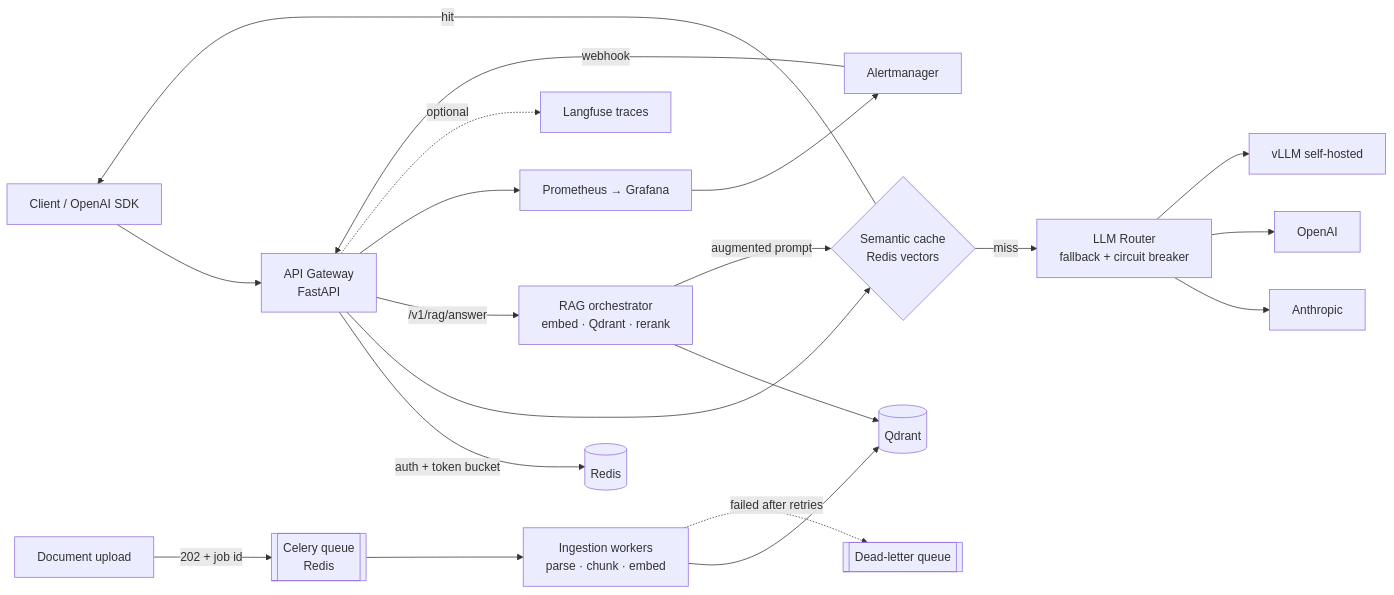
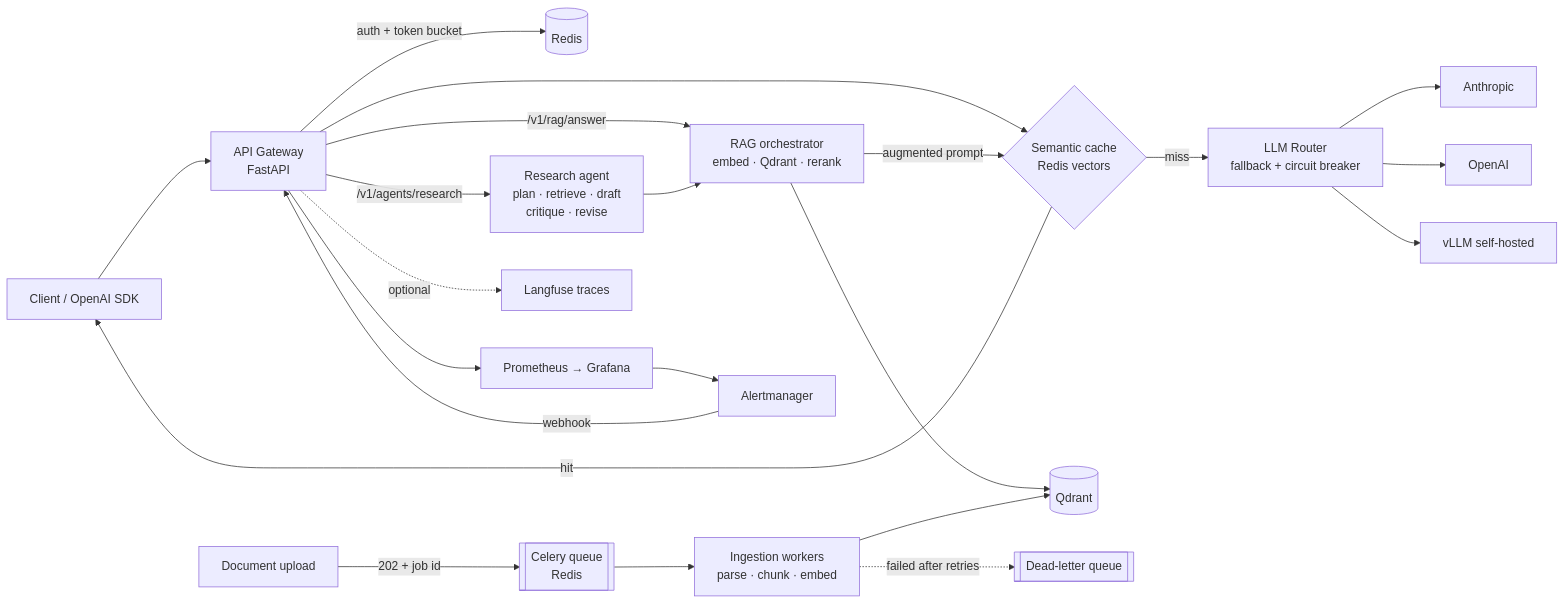
Before and after one commit to ardhendudebnath/llm-gateway-rag: the diagram in README.md, drawn with Mermaid. The commit also changed other lines of this file and 21 other files, not shown here.

````diff
--- a/README.md
+++ b/README.md
@@ -21,21 +21,23 @@
 ```mermaid
 flowchart LR
     C[Client / OpenAI SDK] --> G[API Gateway<br/>FastAPI]
     G -->|auth + token bucket| R[(Redis)]
     G --> SC{Semantic cache<br/>Redis vectors}
     SC -- hit --> C
     SC -- miss --> RT[LLM Router<br/>fallback + circuit breaker]
     RT --> A[Anthropic]
     RT --> O[OpenAI]
     RT --> V[vLLM self-hosted]
     G -->|/v1/rag/answer| RAG[RAG orchestrator<br/>embed · Qdrant · rerank]
     RAG --> QD[(Qdrant)]
     RAG -->|augmented prompt| SC
+    G -->|/v1/agents/research| AG[Research agent<br/>plan · retrieve · draft<br/>critique · revise]
+    AG --> RAG
     U[Document upload] -->|202 + job id| Q[[Celery queue<br/>Redis]]
     Q --> W[Ingestion workers<br/>parse · chunk · embed]
     W --> QD
     W -. failed after retries .-> DLQ[[Dead-letter queue]]
     G --> P[Prometheus → Grafana]
     P --> AM[Alertmanager] -->|webhook| G
     G -. optional .-> LF[Langfuse traces]
 ```
````
